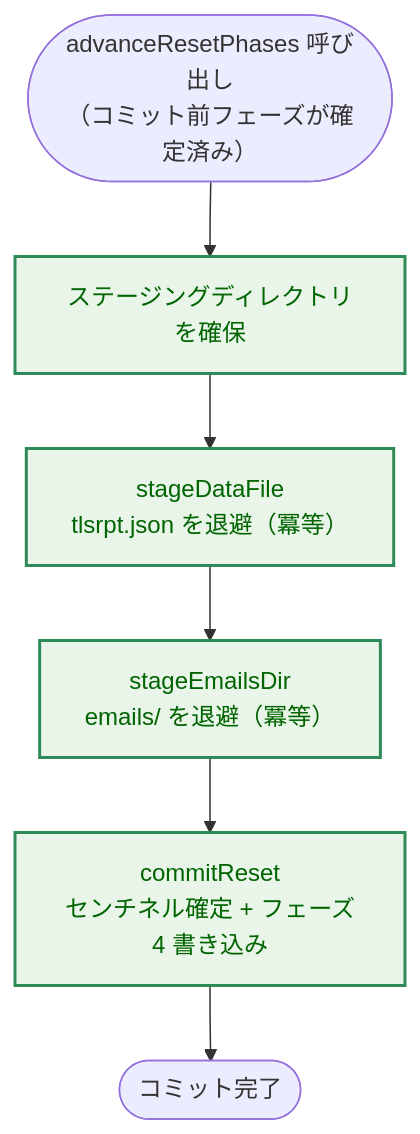
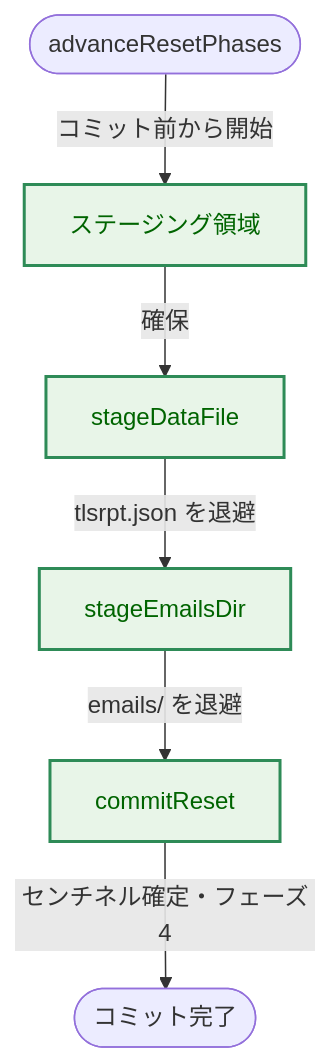
One commit to isseis/tlsrpt-digest changed the seventh of 14 diagrams in docs/tasks/0080_reset_phase_simplify/02_architecture.ja.md. Above: the diagram before and after it, drawn with Mermaid. The commit also changed other lines of this file, not shown here.

First line of the commit message:
Address architecture review findings for reset phase simplification

````diff
--- a/docs/tasks/0080_reset_phase_simplify/02_architecture.ja.md
+++ b/docs/tasks/0080_reset_phase_simplify/02_architecture.ja.md
@@ -185,13 +197,20 @@
 ```mermaid
 flowchart TD
     classDef enhanced fill:#e8f5e8,stroke:#2e8b57,stroke-width:2px,color:#006400;
     classDef process fill:#fff1e6,stroke:#ff7f0e,stroke-width:1px,color:#8a3e00;
 
-    Start(["advanceResetPhases 呼び出し<br>（コミット前フェーズが確定済み）"]) --> Mkdir["ステージングディレクトリを確保"]
-    Mkdir --> StageData["stageDataFile<br>tlsrpt.json を退避（冪等）"]
-    StageData --> StageEmails["stageEmailsDir<br>emails/ を退避（冪等）"]
-    StageEmails --> Commit["commitReset<br>センチネル確定 + フェーズ4 書き込み"]
-    Commit --> End(["コミット完了"])
+    Start(["advanceResetPhases"])
+    Mkdir["ステージング領域"]
+    StageData["stageDataFile"]
+    StageEmails["stageEmailsDir"]
+    Commit["commitReset"]
+    End(["コミット完了"])
+
+    Start -->|"コミット前から開始"| Mkdir
+    Mkdir -->|"確保"| StageData
+    StageData -->|"tlsrpt.json を退避"| StageEmails
+    StageEmails -->|"emails/ を退避"| Commit
+    Commit -->|"センチネル確定・フェーズ4"| End
 
     class Mkdir,StageData,StageEmails,Commit enhanced
 ```
````
